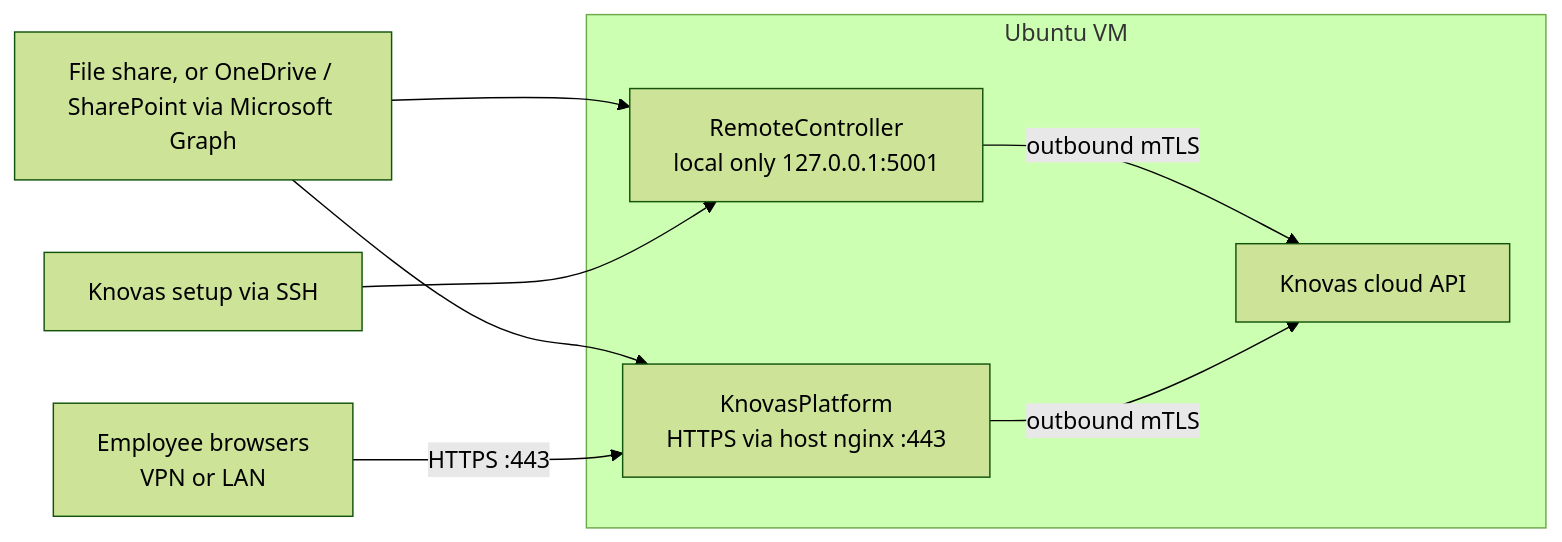
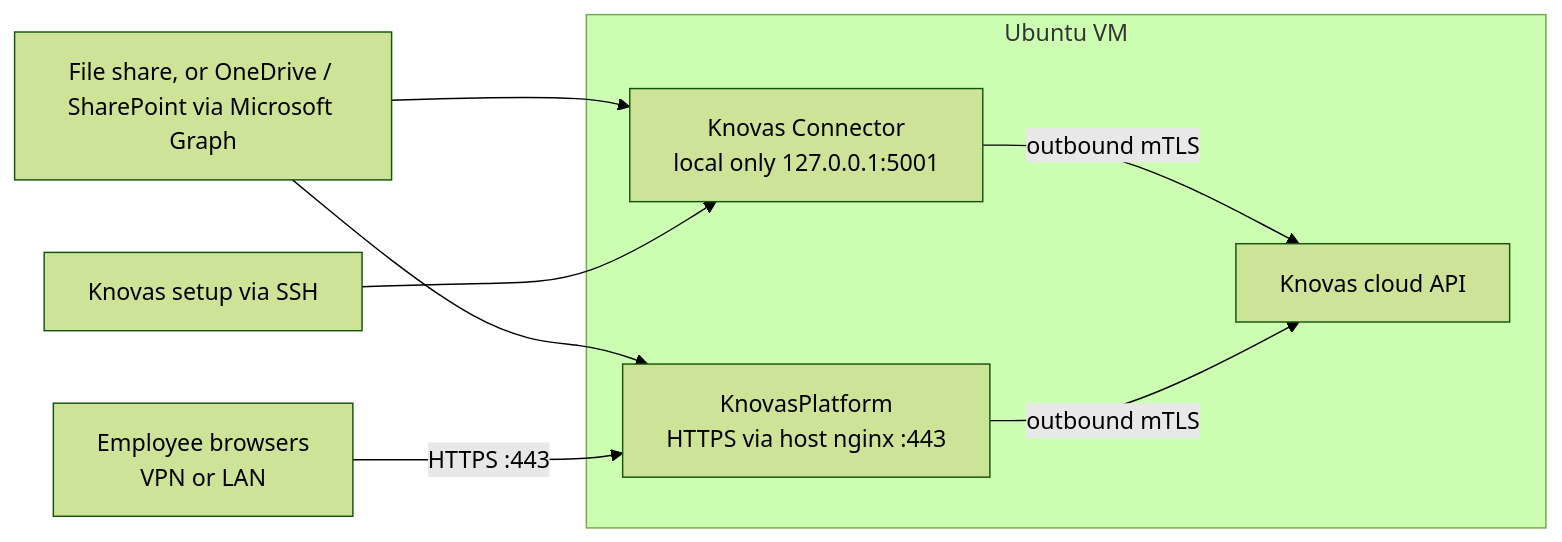
The diagram in docs/hosting-requirements.md (Seifeddini/KnovasComponents), drawn with Mermaid (forest theme) before and after one commit. The commit also changed other lines of this file and 35 other files, not shown here.

First line of the commit message:
docs: RemoteController is now called Knovas Connector

````diff
--- a/docs/hosting-requirements.md
+++ b/docs/hosting-requirements.md
@@ -30,13 +30,13 @@
 ```mermaid
 flowchart LR
   subgraph vm [Ubuntu VM]
-    RC["RemoteController\nlocal only 127.0.0.1:5001"]
+    RC["Knovas Connector\nlocal only 127.0.0.1:5001"]
     KP["KnovasPlatform\nHTTPS via host nginx :443"]
     RC -->|"outbound mTLS"| Cloud["Knovas cloud API"]
     KP -->|"outbound mTLS"| Cloud
   end
   Share["File share, or OneDrive / SharePoint via Microsoft Graph"] --> RC
   Share --> KP
   Users["Employee browsers\nVPN or LAN"] -->|"HTTPS :443"| KP
   Admin["Knovas setup via SSH"] --> RC
 ```
````
